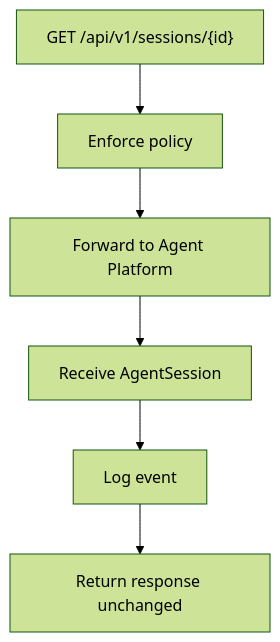
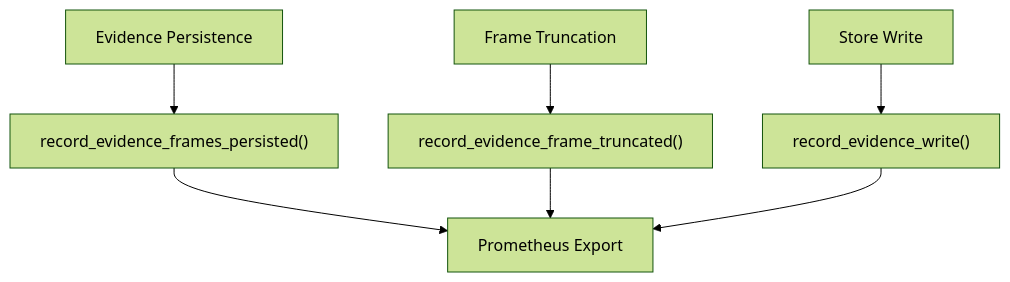
The seventh of 8 diagrams in .qoder/repowiki/en/content/Architecture Documentation/SPEC-025_ Evidence Persistence in Transcripts.md (metasync/luban-aiops), drawn with Mermaid (forest theme) before and after one commit. The commit also changed other lines of this file and 26 other files, not shown here.

````diff
--- a/.qoder/repowiki/en/content/Architecture Documentation/SPEC-025_ Evidence Persistence in Transcripts.md
+++ b/.qoder/repowiki/en/content/Architecture Documentation/SPEC-025_ Evidence Persistence in Transcripts.md
@@ -251,8 +256,9 @@
 ```mermaid
 flowchart TD
-Req["GET /api/v1/sessions/{id}"] --> Policy["Enforce policy"]
-Policy --> Forward["Forward to Agent Platform"]
-Forward --> Resp["Receive AgentSession"]
-Resp --> Log["Log event"]
-Log --> Return["Return response unchanged"]
+Persist["Evidence Persistence"] --> Metrics["record_evidence_frames_persisted()"]
+Truncate["Frame Truncation"] --> Truncated["record_evidence_frame_truncated()"]
+Write["Store Write"] --> WriteMetric["record_evidence_write()"]
+Metrics --> Prometheus["Prometheus Export"]
+Truncated --> Prometheus
+WriteMetric --> Prometheus
 ```
````
